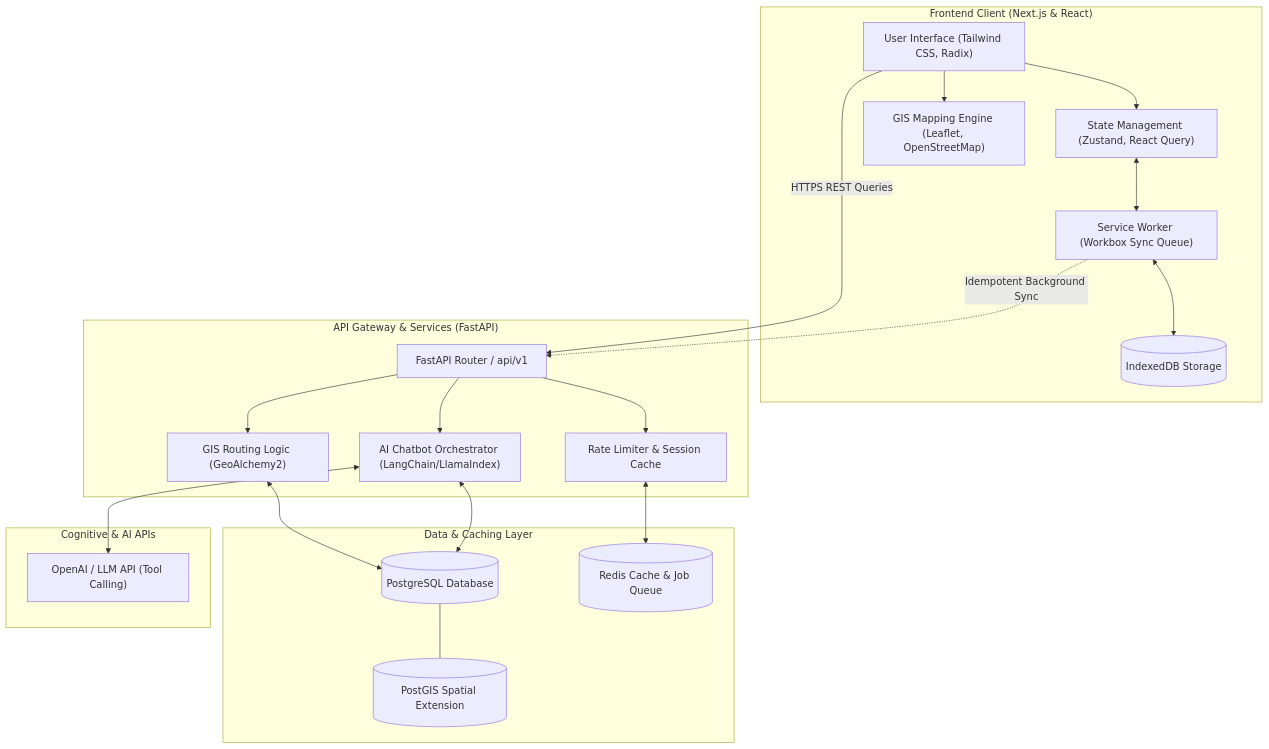
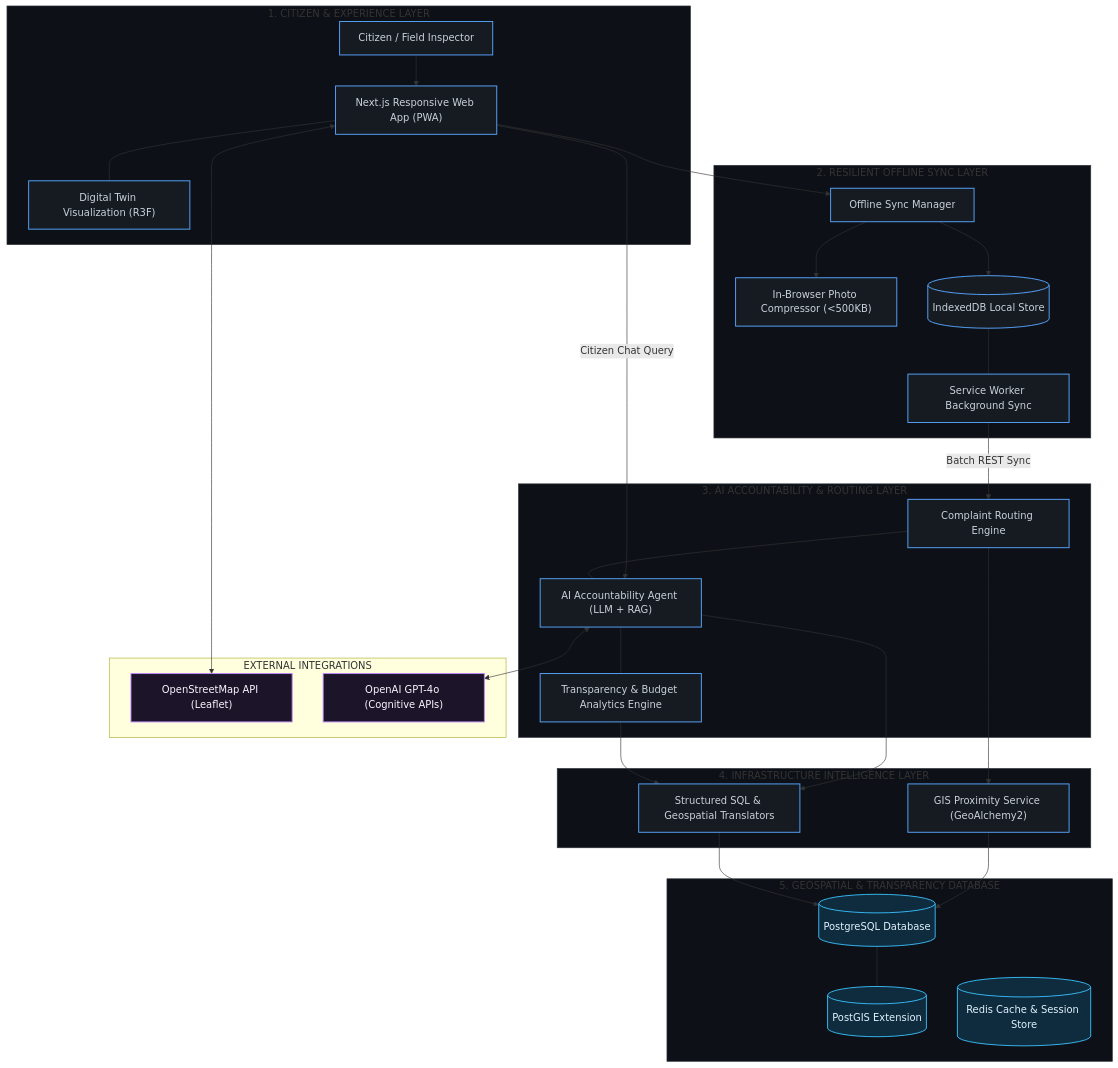
The first of 2 diagrams in README.md (Labreo/ROADWATCH), drawn with Mermaid before and after one commit. The commit also changed other lines of this file, not shown here.

Commit message:
docs: refactor README.md to update system architecture diagrams and describe smart-city platform subsystems.

````diff
--- a/README.md
+++ b/README.md
@@ -13,46 +11,73 @@
 ```mermaid
 graph TB
-    subgraph Client ["Frontend Client (Next.js & React)"]
-        UI["User Interface (Tailwind CSS, Radix)"]
-        Store["State Management (Zustand, React Query)"]
-        Map["GIS Mapping Engine (Leaflet, OpenStreetMap)"]
-        SW["Service Worker (Workbox Sync Queue)"]
-        IDB[(IndexedDB Storage)]
-        
-        UI --> Store
-        UI --> Map
-        SW <--> IDB
-        Store <--> SW
+    %% Smart-City Systems Architecture
+    subgraph Presentation ["1. CITIZEN & EXPERIENCE LAYER"]
+        Citizen["Citizen / Field Inspector"]
+        PWA["Next.js Responsive Web App (PWA)"]
+        Twin["Digital Twin Visualization (R3F)"]
+        Citizen --> PWA
+        PWA --- Twin
     end
 
-    subgraph Gateway ["API Gateway & Services (FastAPI)"]
-        Router["FastAPI Router / api/v1"]
-        GIS["GIS Routing Logic (GeoAlchemy2)"]
-        LLM["AI Chatbot Orchestrator (LangChain/LlamaIndex)"]
-        RateLimit["Rate Limiter & Session Cache"]
+    subgraph Connectivity ["2. RESILIENT OFFLINE SYNC LAYER"]
+        SyncMgr["Offline Sync Manager"]
+        Compressor["In-Browser Photo Compressor (<500KB)"]
+        IDB[(IndexedDB Local Store)]
+        SW["Service Worker Background Sync"]
+        
+        PWA --> SyncMgr
+        SyncMgr --> Compressor
+        SyncMgr --> IDB
+        IDB --- SW
+    end
+
+    subgraph Cognitive ["3. AI ACCOUNTABILITY & ROUTING LAYER"]
+        Router["Complaint Routing Engine"]
+        AIAgent["AI Accountability Agent (LLM + RAG)"]
+        Analytics["Transparency & Budget Analytics Engine"]
+        
+        SW -->|Batch REST Sync| Router
+        PWA -->|Citizen Chat Query| AIAgent
+        Router --- AIAgent
+        AIAgent --- Analytics
+    end
+
+    subgraph Intelligence ["4. INFRASTRUCTURE INTELLIGENCE LAYER"]
+        GIS["GIS Proximity Service (GeoAlchemy2)"]
+        QueryEngine["Structured SQL & Geospatial Translators"]
         
         Router --> GIS
-        Router --> LLM
-        Router --> RateLimit
+        AIAgent --> QueryEngine
+        Analytics --> QueryEngine
     end
 
-    subgraph Data ["Data & Caching Layer"]
-        PostgreSQL[(PostgreSQL Database)]
-        PostGIS[(PostGIS Spatial Extension)]
-        Redis[(Redis Cache & Job Queue)]
+    subgraph Storage ["5. GEOSPATIAL & TRANSPARENCY DATABASE"]
+        DB[(PostgreSQL Database)]
+        GISDb[(PostGIS Extension)]
+        Redis[(Redis Cache & Session Store)]
         
-        PostgreSQL --- PostGIS
+        DB --- GISDb
+        GIS --> DB
+        QueryEngine --> DB
     end
 
-    subgraph Cognitive ["Cognitive & AI APIs"]
-        OpenAI["OpenAI / LLM API (Tool Calling)"]
+    %% External APIs & Integrations
+    subgraph Integrations ["EXTERNAL INTEGRATIONS"]
+        OSM["OpenStreetMap API (Leaflet)"]
+        LLM["OpenAI GPT-4o (Cognitive APIs)"]
     end
 
-    %% Network interactions
-    UI -->|HTTPS REST Queries| Router
-    SW -.->|Idempotent Background Sync| Router
-    RateLimit <--> Redis
-    GIS <--> PostgreSQL
-    LLM <--> OpenAI
-    LLM <--> PostgreSQL
+    PWA <--> OSM
+    AIAgent <--> LLM
+
+    %% Styling
+    classDef layerStyle fill:#0d1117,stroke:#30363d,stroke-width:1px;
+    classDef nodeStyle fill:#161b22,stroke:#58a6ff,stroke-width:1.5px,color:#c9d1d9;
+    classDef dbStyle fill:#0f2b3e,stroke:#38bdf8,stroke-width:1.5px,color:#e0f2fe;
+    classDef extStyle fill:#1c152a,stroke:#c084fc,stroke-width:1.5px,color:#faf5ff;
+
+    class Presentation,Connectivity,Cognitive,Intelligence,Storage layerStyle;
+    class Citizen,PWA,Twin,SyncMgr,Compressor,IDB,SW,Router,AIAgent,Analytics,GIS,QueryEngine nodeStyle;
+    class DB,GISDb,Redis dbStyle;
+    class OSM,LLM extStyle;
 ```
````
